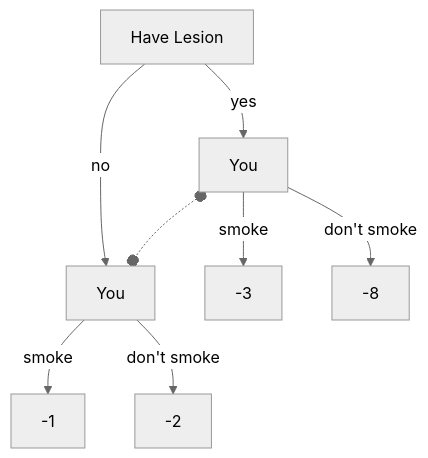
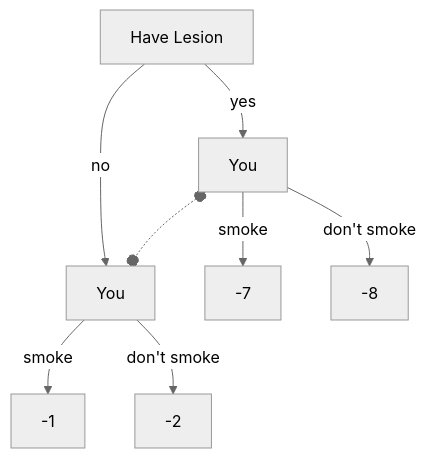
The diagram in docs/problems/smoking_lesion.md (mogar/DecisionTheory), drawn with Mermaid (neutral theme) before and after one commit. The commit also changed other lines of this file, not shown here.

````diff
--- a/docs/problems/smoking_lesion.md
+++ b/docs/problems/smoking_lesion.md
@@ -35,16 +36,16 @@
 ```mermaid
 flowchart TB
 	lesion["Have Lesion"]
 	lesionYou["You"]
 	noLesionYou["You"]
 	lesion -- "yes" --> lesionYou
 	lesion -- "no" --> noLesionYou
 	
 	lesionYou o-.-o noLesionYou
 
-	lesionYou -- "smoke" --> ls["-3"]
+	lesionYou -- "smoke" --> ls["-7"]
 	lesionYou -- "don't smoke" --> lns["-8"]
 
 	noLesionYou -- "smoke" --> nls["-1"]
 	noLesionYou -- "don't smoke" --> nlns["-2"]
 ```
````
